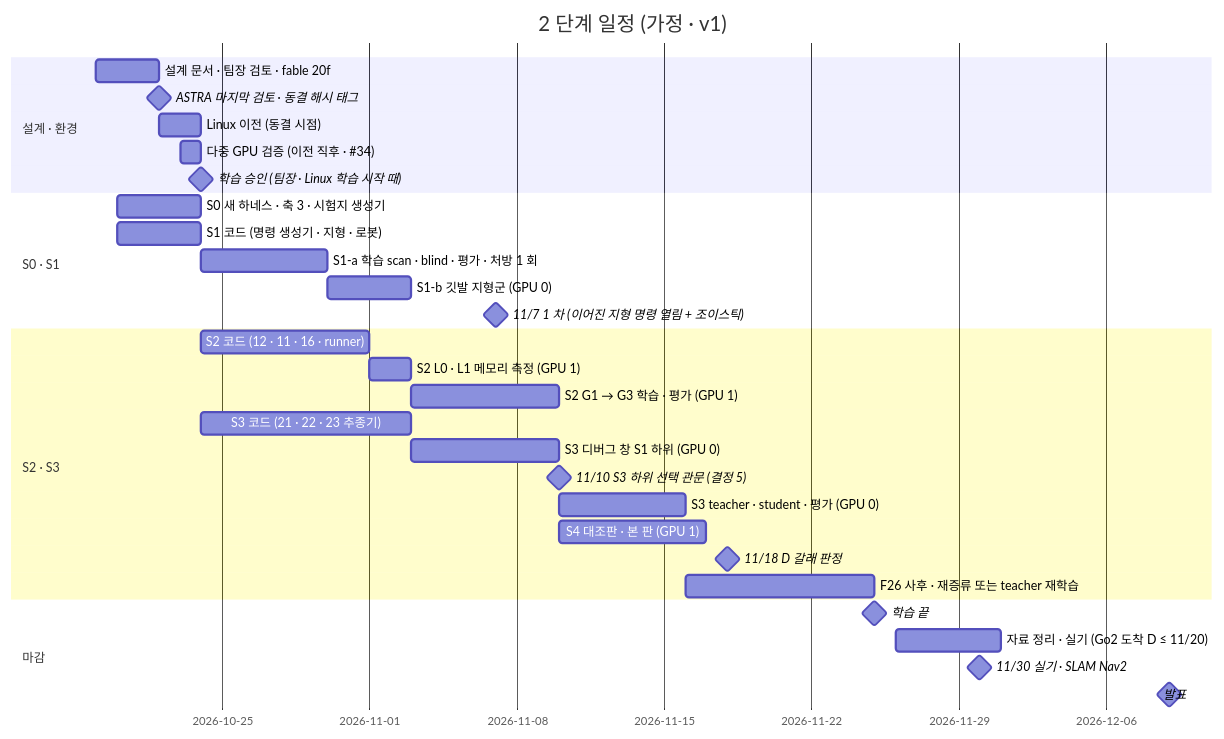
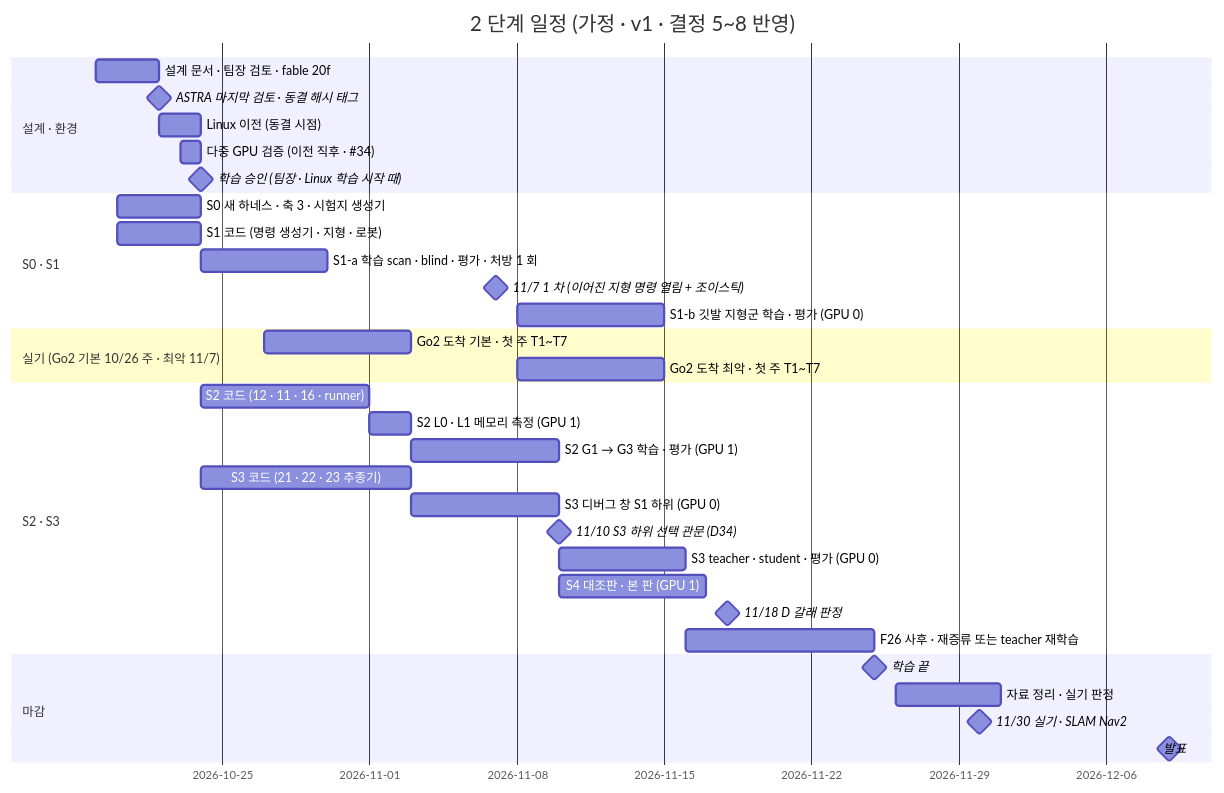
The diagram in inbox/jay/20261019-design/70-RESOURCES-SCHEDULE.md (foothold-project/foothold-lab), drawn with Mermaid before and after one commit. The commit also changed other lines of this file and 23 other files, not shown here.

````diff
--- a/inbox/jay/20261019-design/70-RESOURCES-SCHEDULE.md
+++ b/inbox/jay/20261019-design/70-RESOURCES-SCHEDULE.md
@@ -15,33 +15,36 @@
 ```mermaid
 gantt
   dateFormat  YYYY-MM-DD
-  title 2 단계 일정 (가정 · v1)
+  title 2 단계 일정 (가정 · v1 · 결정 5~8 반영)
   section 설계 · 환경
   설계 문서 · 팀장 검토 · fable 20f      :d1, 2026-10-19, 3d
   ASTRA 마지막 검토 · 동결 해시 태그      :milestone, 2026-10-22, 0d
   Linux 이전 (동결 시점)                  :p2, 2026-10-22, 2d
   다중 GPU 검증 (이전 직후 · #34)         :p3, 2026-10-23, 1d
   학습 승인 (팀장 · Linux 학습 시작 때)   :milestone, 2026-10-24, 0d
   section S0 · S1
   S0 새 하네스 · 축 3 · 시험지 생성기    :s0, 2026-10-20, 4d
   S1 코드 (명령 생성기 · 지형 · 로봇)     :p1, 2026-10-20, 4d
   S1-a 학습 scan · blind · 평가 · 처방 1 회 :t1, 2026-10-24, 6d
-  S1-b 깃발 지형군 (GPU 0)               :t1b, 2026-10-30, 4d
   11/7 1 차 (이어진 지형 명령 열림 + 조이스틱) :milestone, 2026-11-07, 0d
+  S1-b 깃발 지형군 학습 · 평가 (GPU 0)    :t1b, 2026-11-08, 7d
+  section 실기 (Go2 기본 10/26 주 · 최악 11/7)
+  Go2 도착 기본 · 첫 주 T1~T7             :r1, 2026-10-27, 7d
+  Go2 도착 최악 · 첫 주 T1~T7             :r2, 2026-11-08, 7d
   section S2 · S3
   S2 코드 (12 · 11 · 16 · runner)         :p4, 2026-10-24, 8d
   S2 L0 · L1 메모리 측정 (GPU 1)          :p5, 2026-11-01, 2d
   S2 G1 → G3 학습 · 평가 (GPU 1)          :t2, 2026-11-03, 7d
   S3 코드 (21 · 22 · 23 추종기)           :p6, 2026-10-24, 10d
   S3 디버그 창 S1 하위 (GPU 0)            :p7, 2026-11-03, 7d
-  11/10 S3 하위 선택 관문 (결정 5)        :milestone, 2026-11-10, 0d
+  11/10 S3 하위 선택 관문 (D34)           :milestone, 2026-11-10, 0d
   S3 teacher · student · 평가 (GPU 0)     :t3, 2026-11-10, 6d
   S4 대조판 · 본 판 (GPU 1)               :t4, 2026-11-10, 7d
   11/18 D 갈래 판정                       :milestone, 2026-11-18, 0d
   F26 사후 · 재증류 또는 teacher 재학습   :t5, 2026-11-16, 9d
   section 마감
   학습 끝                                 :milestone, 2026-11-25, 0d
-  자료 정리 · 실기 (Go2 도착 D ≤ 11/20)   :2026-11-26, 5d
+  자료 정리 · 실기 판정                   :2026-11-26, 5d
   11/30 실기 · SLAM Nav2                  :milestone, 2026-11-30, 0d
   발표                                    :milestone, 2026-12-09, 0d
 ```
````
